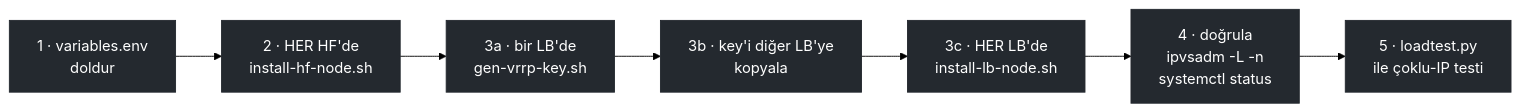
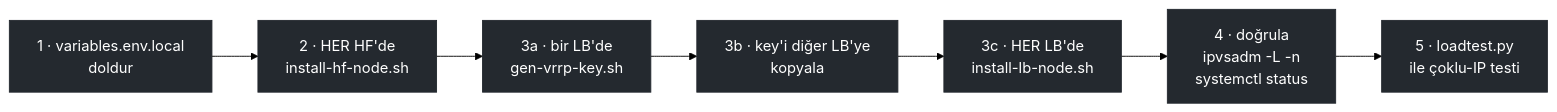
Before and after one commit to thsngnr/KeepaliveHaproxy: the second of 2 diagrams in README.md, drawn with Mermaid (forest theme). The commit also changed other lines of this file and 3 other files, not shown here.

First line of the commit message:
variables.env.local: gercek degerler sablonun ustune yuklenir, commit'e giremez

````diff
--- a/README.md
+++ b/README.md
@@ -120,12 +121,12 @@
 ```mermaid
 flowchart LR
-    A["1 · variables.env<br/>doldur"] --> B["2 · HER HF'de<br/>install-hf-node.sh"]
+    A["1 · variables.env.local<br/>doldur"] --> B["2 · HER HF'de<br/>install-hf-node.sh"]
     B --> C["3a · bir LB'de<br/>gen-vrrp-key.sh"]
     C --> D["3b · key'i diğer LB'ye<br/>kopyala"]
     D --> E["3c · HER LB'de<br/>install-lb-node.sh"]
     E --> F["4 · doğrula<br/>ipvsadm -L -n<br/>systemctl status"]
     F --> G["5 · loadtest.py<br/>ile çoklu-IP testi"]
 
     classDef step fill:#24292f,color:#fff,stroke:#24292f;
     class A,B,C,D,E,F,G step
 ```
````
